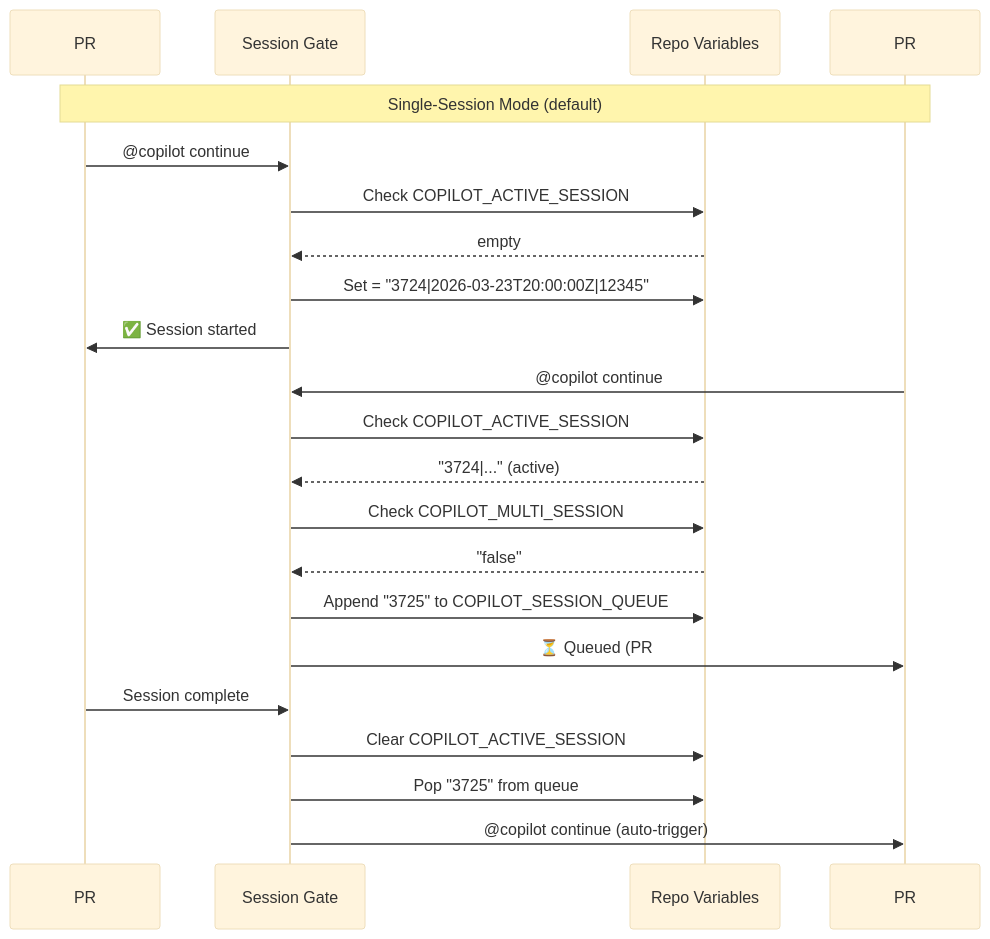
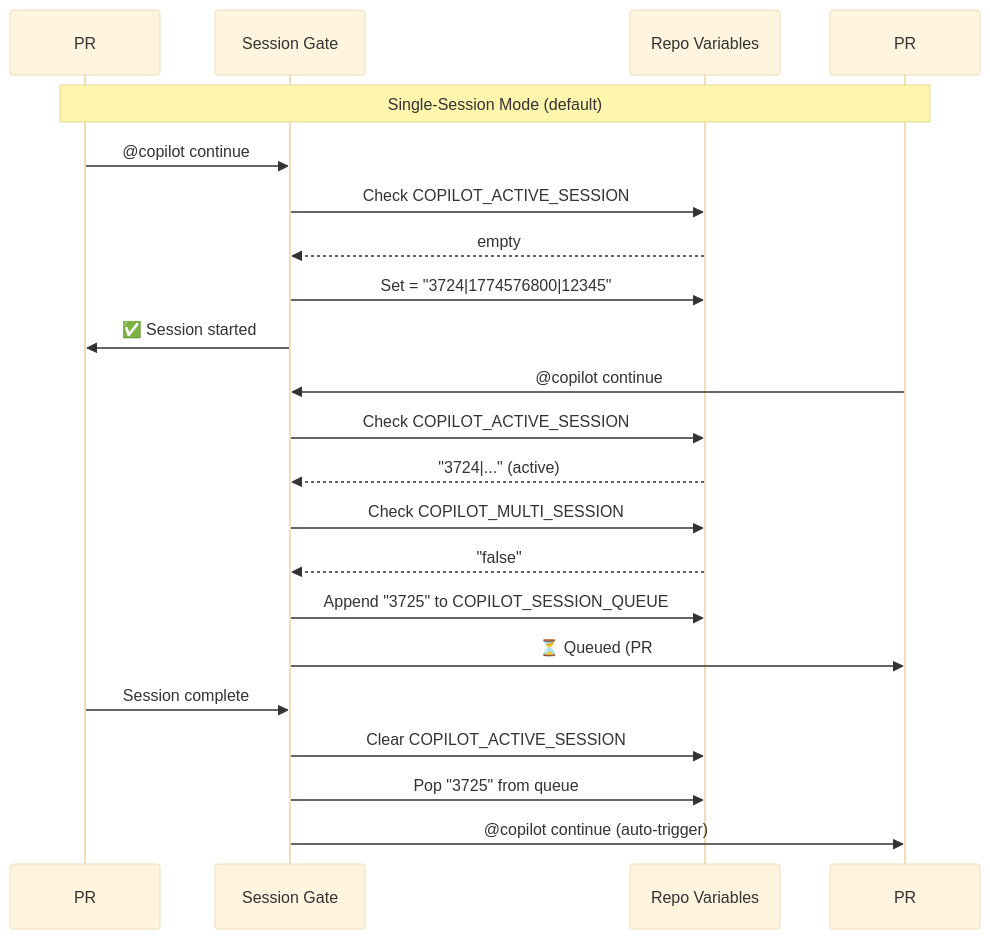
Before and after one commit to Aries-Serpent/_codex_: the seventh of 23 diagrams in docs/plans/AUTONOMOUS_SELF_HEALING_PROPOSAL_S182.md, drawn with Mermaid (base theme). The commit also changed other lines of this file and 2 other files, not shown here.

````diff
--- a/docs/plans/AUTONOMOUS_SELF_HEALING_PROPOSAL_S182.md
+++ b/docs/plans/AUTONOMOUS_SELF_HEALING_PROPOSAL_S182.md
@@ -274,28 +274,28 @@
 ```mermaid
 sequenceDiagram
     participant PR1 as PR #3724
     participant Gate as Session Gate
     participant Var as Repo Variables
     participant PR2 as PR #3725
 
     Note over PR1,PR2: Single-Session Mode (default)
 
     PR1->>Gate: @copilot continue
     Gate->>Var: Check COPILOT_ACTIVE_SESSION
     Var-->>Gate: empty
-    Gate->>Var: Set = "3724|2026-03-23T20:00:00Z|12345"
+    Gate->>Var: Set = "3724|1774576800|12345"
     Gate->>PR1: ✅ Session started
 
     PR2->>Gate: @copilot continue
     Gate->>Var: Check COPILOT_ACTIVE_SESSION
     Var-->>Gate: "3724|..." (active)
     Gate->>Var: Check COPILOT_MULTI_SESSION
     Var-->>Gate: "false"
     Gate->>Var: Append "3725" to COPILOT_SESSION_QUEUE
     Gate->>PR2: ⏳ Queued (PR #3724 active)
 
     PR1->>Gate: Session complete
     Gate->>Var: Clear COPILOT_ACTIVE_SESSION
     Gate->>Var: Pop "3725" from queue
     Gate->>PR2: @copilot continue (auto-trigger)
 ```
````
